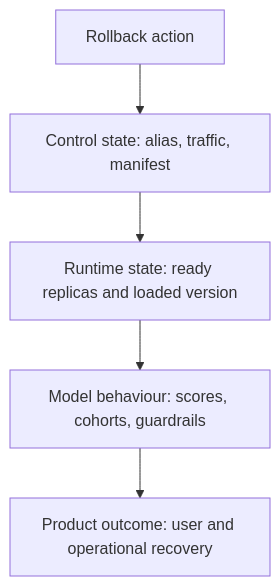
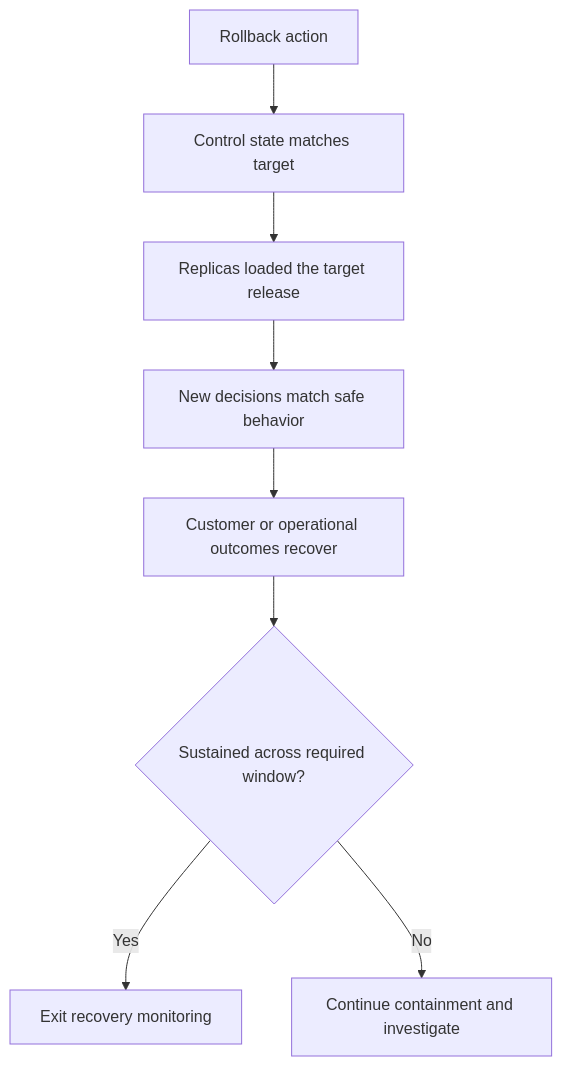
The fourth of 4 diagrams in roadmaps/mlops/modules/deployment-and-release-management/rollback-and-recovery/03-rolling-back-bad-model.md (senlinyy/dev-roadmaps), drawn with Mermaid before and after one commit. The commit also changed other lines of this file and 198 other files, not shown here.

````diff
--- a/roadmaps/mlops/modules/deployment-and-release-management/rollback-and-recovery/03-rolling-back-bad-model.md
+++ b/roadmaps/mlops/modules/deployment-and-release-management/rollback-and-recovery/03-rolling-back-bad-model.md
@@ -191,7 +321,10 @@
 ```mermaid
 flowchart TD
-    A["Rollback action"] --> C["Control state: alias, traffic, manifest"]
-    C --> R["Runtime state: ready replicas and loaded version"]
-    R --> M["Model behaviour: scores, cohorts, guardrails"]
-    M --> P["Product outcome: user and operational recovery"]
+    A["Rollback action"] --> C["Control state matches target"]
+    C --> R["Replicas loaded the target release"]
+    R --> D["New decisions match safe behavior"]
+    D --> P["Customer or operational outcomes recover"]
+    P --> X{"Sustained across required window?"}
+    X -->|"Yes"| E["Exit recovery monitoring"]
+    X -->|"No"| I["Continue containment and investigate"]
 ```
````
